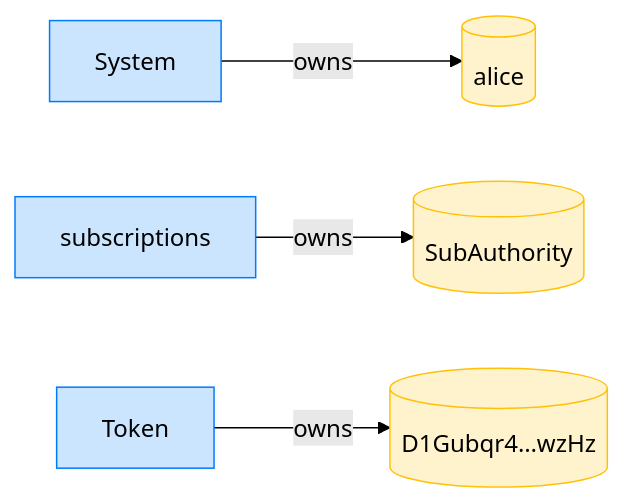
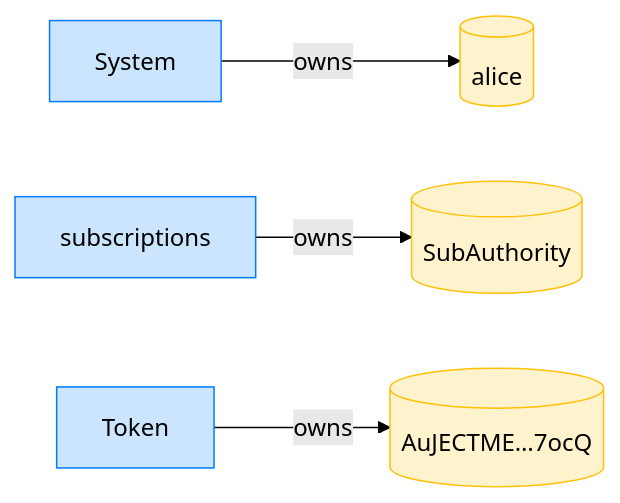
Before and after one commit to cds-rs/subscriptions: the fourth of 12 diagrams in dsl_tests/subscribe-rejects-a-sunset-plan.md, drawn with Mermaid (forest theme). The commit also changed other lines of this file and 224 other files, not shown here.

````diff
--- a/dsl_tests/subscribe-rejects-a-sunset-plan.md
+++ b/dsl_tests/subscribe-rejects-a-sunset-plan.md
@@ -73,14 +78,14 @@
 ```mermaid
 flowchart LR
     classDef owner fill:#cce5ff,stroke:#007bff;
     classDef account fill:#fff3cd,stroke:#ffc107;
     System[System]:::owner
     alice[(alice)]:::account
     subscriptions[subscriptions]:::owner
     SubAuthority[(SubAuthority)]:::account
     Token[Token]:::owner
-    D1Gubqr4_wzHz[("D1Gubqr4…wzHz")]:::account
+    AuJECTME_7ocQ[("AuJECTME…7ocQ")]:::account
     System -->|owns| alice
     subscriptions -->|owns| SubAuthority
-    Token -->|owns| D1Gubqr4_wzHz
+    Token -->|owns| AuJECTME_7ocQ
 ```
````
